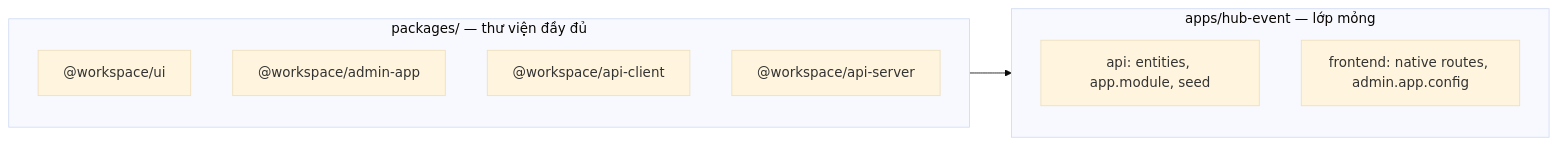
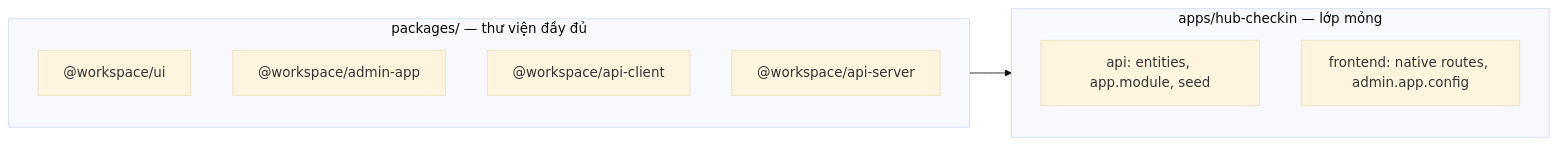
Before and after one commit to thangph2146/hub-parrent-template: the diagram in docs/TEMPLATE_MONOREPO.md, drawn with Mermaid (base theme). The commit also changed other lines of this file and 549 other files, not shown here.

````diff
--- a/docs/TEMPLATE_MONOREPO.md
+++ b/docs/TEMPLATE_MONOREPO.md
@@ -8,16 +8,16 @@
 ```mermaid
 flowchart LR
   subgraph lib ["packages/ — thư viện đầy đủ"]
     UI["@workspace/ui"]
     ADM["@workspace/admin-app"]
     CLI["@workspace/api-client"]
     SRV["@workspace/api-server"]
   end
 
-  subgraph app ["apps/hub-event — lớp mỏng"]
+  subgraph app ["apps/hub-checkin — lớp mỏng"]
     API["api: entities, app.module, seed"]
     WEB["frontend: native routes, admin.app.config"]
   end
 
   lib --> app
 ```
````
